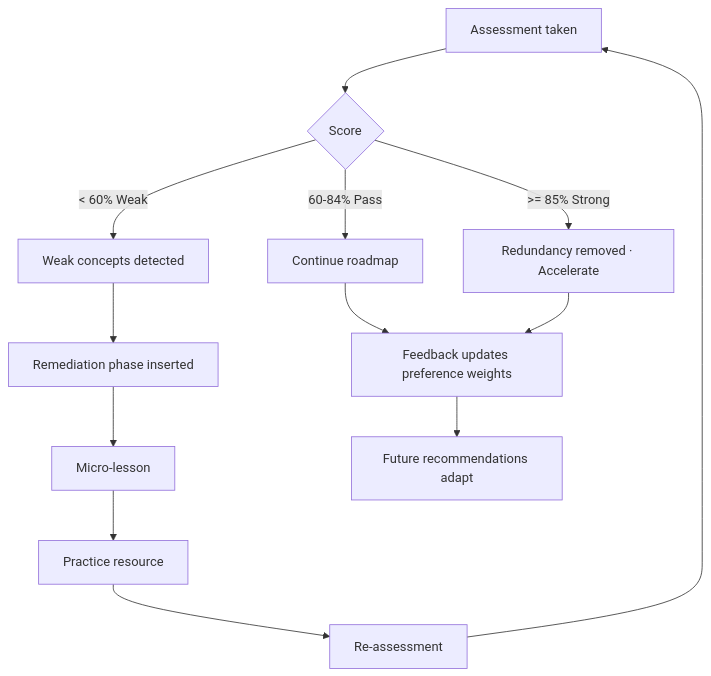
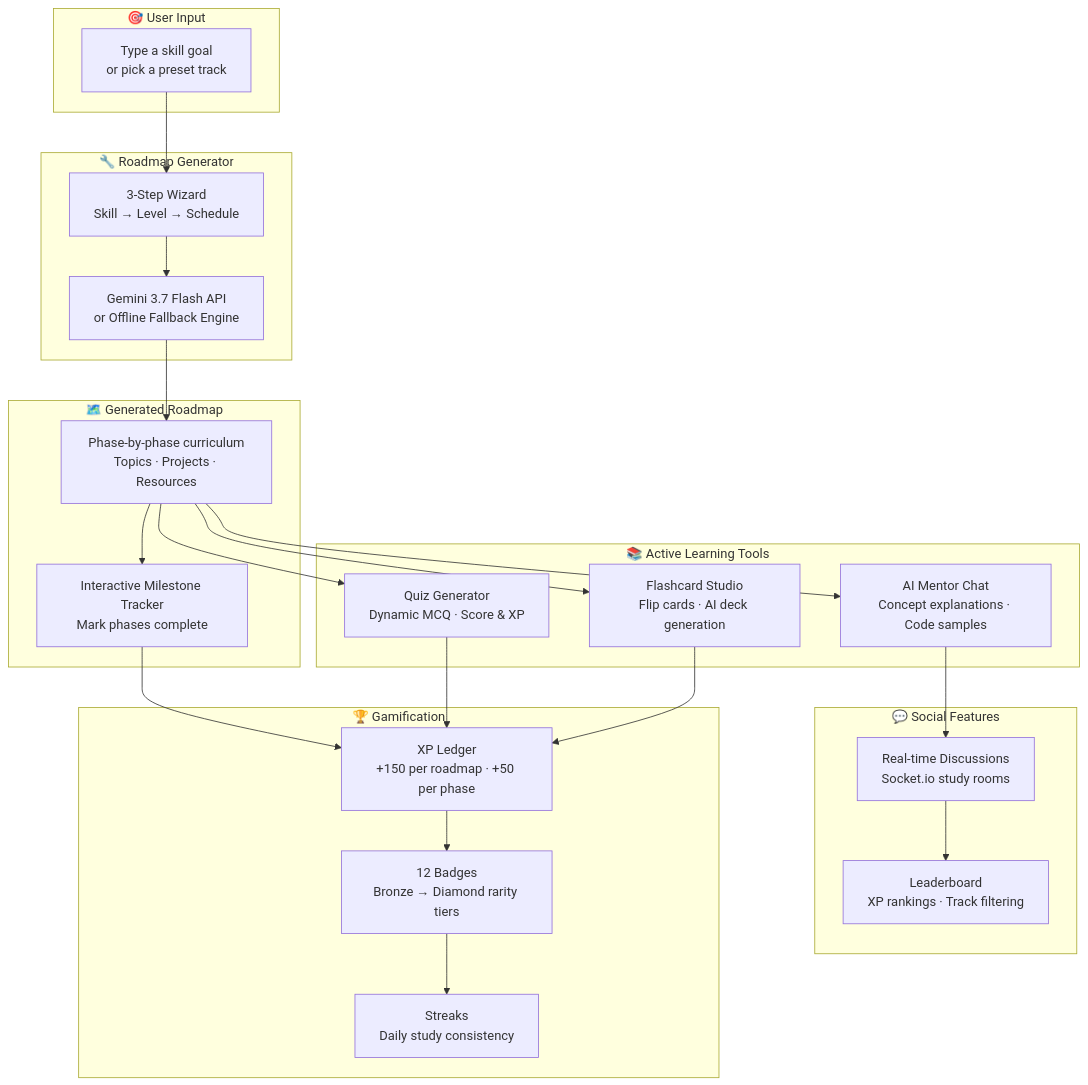
The second of 4 diagrams in README.md (snehakumari9696/LearnPath_LearningAI), drawn with Mermaid before and after one commit. The commit also changed other lines of this file, not shown here.

````diff
--- a/README.md
+++ b/README.md
@@ -421,13 +86,43 @@
 ```mermaid
 flowchart TD
-    A[Assessment taken] --> B{Score}
-    B -- "< 60% Weak" --> C[Weak concepts detected]
-    C --> D[Remediation phase inserted]
-    D --> D1[Micro-lesson] --> D2[Practice resource] --> D3[Re-assessment]
-    D3 --> A
-    B -- "60-84% Pass" --> E[Continue roadmap]
-    B -- ">= 85% Strong" --> F[Redundancy removed · Accelerate]
-    E --> G[Feedback updates preference weights]
-    F --> G
-    G --> H[Future recommendations adapt]
+    subgraph Input["🎯 User Input"]
+        A[Type a skill goal<br/>or pick a preset track]
+    end
+
+    subgraph Generator["🔧 Roadmap Generator"]
+        B[3-Step Wizard<br/>Skill → Level → Schedule]
+        C[Gemini 3.7 Flash API<br/>or Offline Fallback Engine]
+    end
+
+    subgraph Roadmap["🗺️ Generated Roadmap"]
+        D[Phase-by-phase curriculum<br/>Topics · Projects · Resources]
+        E[Interactive Milestone Tracker<br/>Mark phases complete]
+    end
+
+    subgraph Learning["📚 Active Learning Tools"]
+        F[AI Mentor Chat<br/>Concept explanations · Code samples]
+        G[Quiz Generator<br/>Dynamic MCQ · Score & XP]
+        H[Flashcard Studio<br/>Flip cards · AI deck generation]
+    end
+
+    subgraph Social["💬 Social Features"]
+        I[Real-time Discussions<br/>Socket.io study rooms]
+        J[Leaderboard<br/>XP rankings · Track filtering]
+    end
+
+    subgraph Gamification["🏆 Gamification"]
+        K[XP Ledger<br/>+150 per roadmap · +50 per phase]
+        L[12 Badges<br/>Bronze → Diamond rarity tiers]
+        M[Streaks<br/>Daily study consistency]
+    end
+
+    A --> B --> C --> D --> E
+    D --> F
+    D --> G
+    D --> H
+    E --> K --> L --> M
+    G --> K
+    H --> K
+    F --> I
+    I --> J
 ```
````
